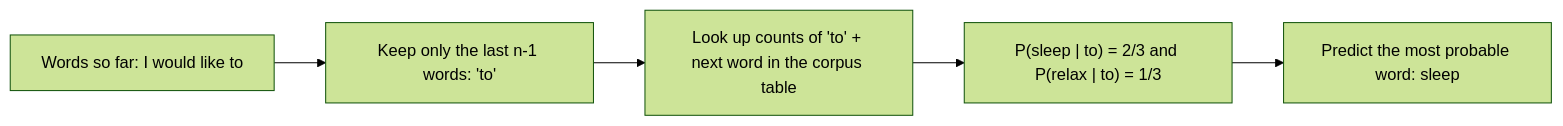
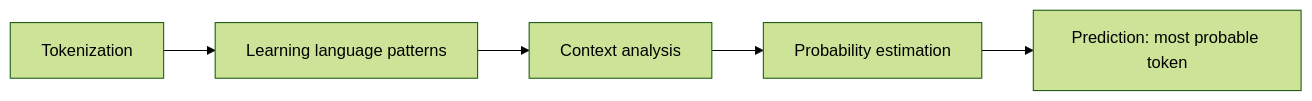
The first of 3 diagrams in content/natural-language-processing/notes/ngram-language-models.mdx (TrendySloth1001/sem-seven-notes), drawn with Mermaid (forest theme) before and after one commit. The commit also changed other lines of this file and 406 other files, not shown here.

````diff
--- a/content/natural-language-processing/notes/ngram-language-models.mdx
+++ b/content/natural-language-processing/notes/ngram-language-models.mdx
@@ -72,8 +44,8 @@
 ```mermaid
-%% caption: How an n-gram model predicts. Only the last n-1 words are used as context (here one word, so a bigram model). The probabilities come from counting in the corpus of the first worked example below.
+%% caption: How a language model predicts. Text is cut into tokens, patterns are learned from a corpus, and the context is used to give a probability to each possible next token.
 flowchart LR
-  A["Words so far: I would like to"] --> B["Keep only the last n-1 words: 'to'"]
-  B --> C["Look up counts of 'to' + next word in the corpus table"]
-  C --> D["P(sleep | to) = 2/3 and P(relax | to) = 1/3"]
-  D --> E["Predict the most probable word: sleep"]
+  A["Tokenization"] --> B["Learning language patterns"]
+  B --> C["Context analysis"]
+  C --> D["Probability estimation"]
+  D --> E["Prediction: most probable token"]
 ```
````
